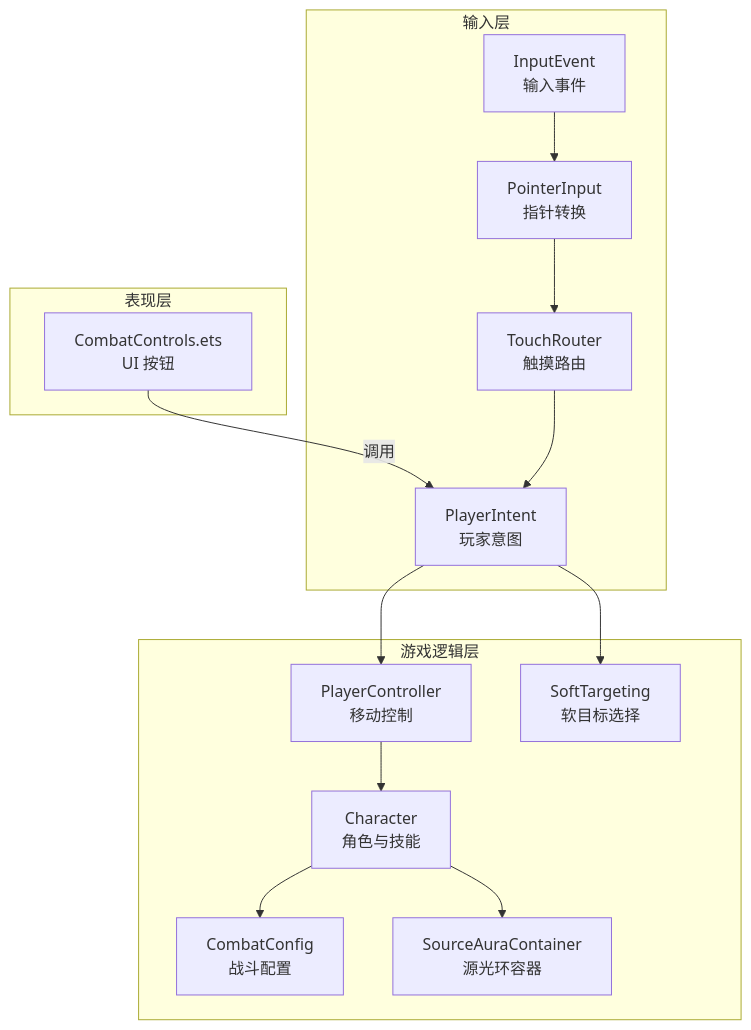
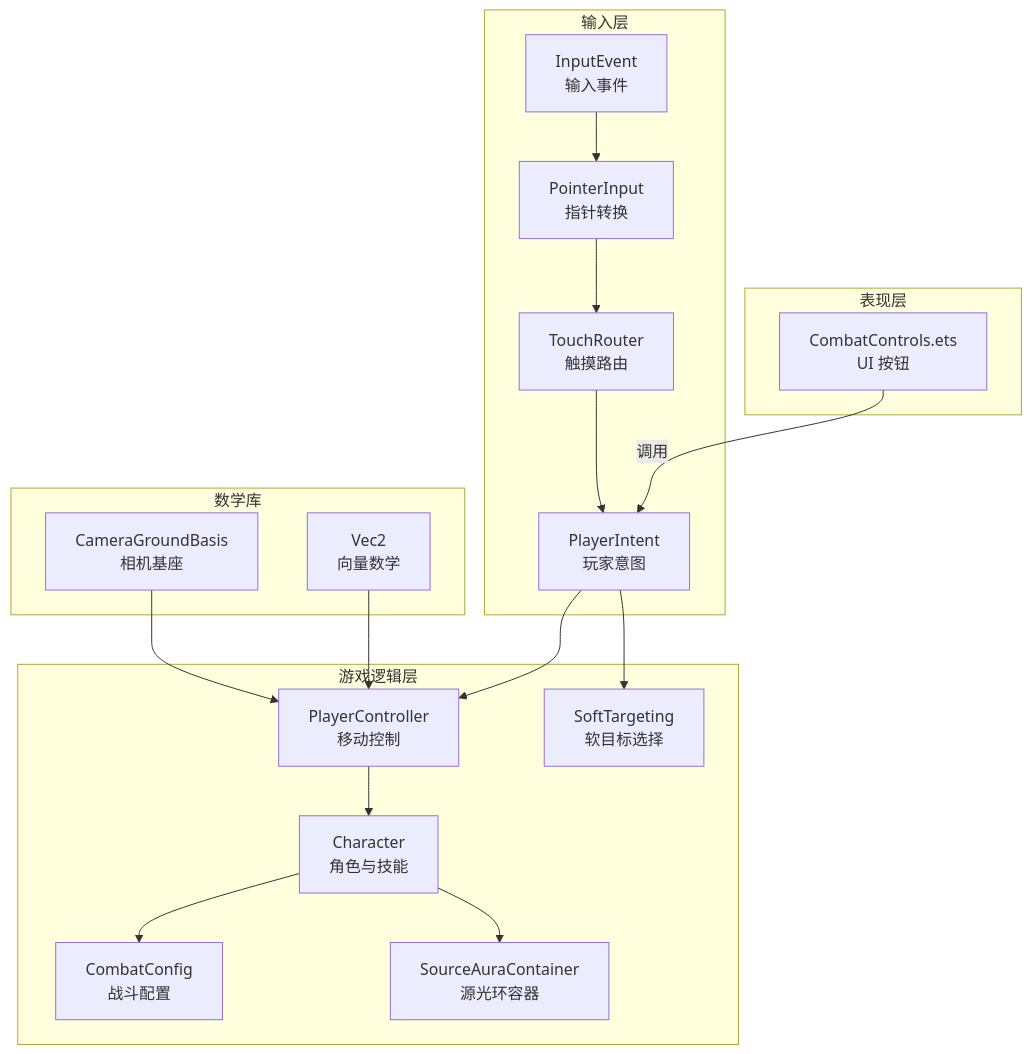
Before and after one commit to sj123sheng/my-world: the first of 8 diagrams in .qoder/repowiki/zh/content/游戏逻辑系统/玩家控制系统.md, drawn with Mermaid. The commit also changed other lines of this file and 28 other files, not shown here.

````diff
--- a/.qoder/repowiki/zh/content/游戏逻辑系统/玩家控制系统.md
+++ b/.qoder/repowiki/zh/content/游戏逻辑系统/玩家控制系统.md
@@ -52,28 +64,34 @@
 ```mermaid
 graph TB
+subgraph "数学库"
+V["Vec2<br/>向量数学"]
+CGB["CameraGroundBasis<br/>相机基座"]
+end
 subgraph "输入层"
 IE["InputEvent<br/>输入事件"]
 PI["PlayerIntent<br/>玩家意图"]
 PR["PointerInput<br/>指针转换"]
 TR["TouchRouter<br/>触摸路由"]
 end
 subgraph "游戏逻辑层"
 PC["PlayerController<br/>移动控制"]
 CH["Character<br/>角色与技能"]
 ST["SoftTargeting<br/>软目标选择"]
 CC["CombatConfig<br/>战斗配置"]
 SA["SourceAuraContainer<br/>源光环容器"]
 end
 subgraph "表现层"
 UI["CombatControls.ets<br/>UI 按钮"]
 end
 UI --> |调用| PI
 IE --> PR
 PR --> TR
 TR --> PI
 PI --> PC
 PI --> ST
 PC --> CH
 CH --> CC
 CH --> SA
+V --> PC
+CGB --> PC
 ```
````
